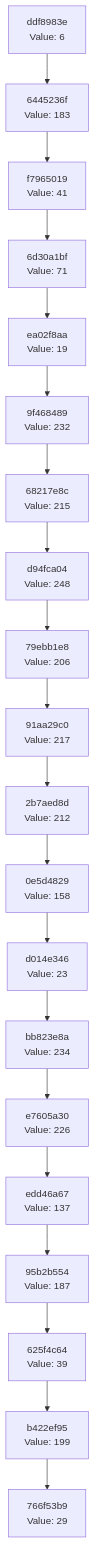
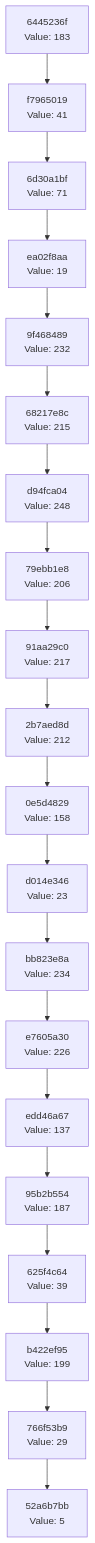
One commit to Abhisheksinha1506/hash-chain-evolver changed the diagram in docs/CHAIN_VISUALIZATION.md. Above: the diagram before and after it, drawn with Mermaid. The commit also changed 1 other file, not shown here.

Commit message:
Evolution Step

````diff
--- a/docs/CHAIN_VISUALIZATION.md
+++ b/docs/CHAIN_VISUALIZATION.md
@@ -3,42 +3,42 @@
 ```mermaid
 graph TD
-    C0["766f53b9<br/>Value: 29"]
-    C1["b422ef95<br/>Value: 199"]
+    C0["52a6b7bb<br/>Value: 5"]
+    C1["766f53b9<br/>Value: 29"]
     C1 --> C0
-    C2["625f4c64<br/>Value: 39"]
+    C2["b422ef95<br/>Value: 199"]
     C2 --> C1
-    C3["95b2b554<br/>Value: 187"]
+    C3["625f4c64<br/>Value: 39"]
     C3 --> C2
-    C4["edd46a67<br/>Value: 137"]
+    C4["95b2b554<br/>Value: 187"]
     C4 --> C3
-    C5["e7605a30<br/>Value: 226"]
+    C5["edd46a67<br/>Value: 137"]
     C5 --> C4
-    C6["bb823e8a<br/>Value: 234"]
+    C6["e7605a30<br/>Value: 226"]
     C6 --> C5
-    C7["d014e346<br/>Value: 23"]
+    C7["bb823e8a<br/>Value: 234"]
     C7 --> C6
-    C8["0e5d4829<br/>Value: 158"]
+    C8["d014e346<br/>Value: 23"]
     C8 --> C7
-    C9["2b7aed8d<br/>Value: 212"]
+    C9["0e5d4829<br/>Value: 158"]
     C9 --> C8
-    C10["91aa29c0<br/>Value: 217"]
+    C10["2b7aed8d<br/>Value: 212"]
     C10 --> C9
-    C11["79ebb1e8<br/>Value: 206"]
+    C11["91aa29c0<br/>Value: 217"]
     C11 --> C10
-    C12["d94fca04<br/>Value: 248"]
+    C12["79ebb1e8<br/>Value: 206"]
     C12 --> C11
-    C13["68217e8c<br/>Value: 215"]
+    C13["d94fca04<br/>Value: 248"]
     C13 --> C12
-    C14["9f468489<br/>Value: 232"]
+    C14["68217e8c<br/>Value: 215"]
     C14 --> C13
-    C15["ea02f8aa<br/>Value: 19"]
+    C15["9f468489<br/>Value: 232"]
     C15 --> C14
-    C16["6d30a1bf<br/>Value: 71"]
+    C16["ea02f8aa<br/>Value: 19"]
     C16 --> C15
-    C17["f7965019<br/>Value: 41"]
+    C17["6d30a1bf<br/>Value: 71"]
     C17 --> C16
-    C18["6445236f<br/>Value: 183"]
+    C18["f7965019<br/>Value: 41"]
     C18 --> C17
-    C19["ddf8983e<br/>Value: 6"]
+    C19["6445236f<br/>Value: 183"]
     C19 --> C18
 ```
````
